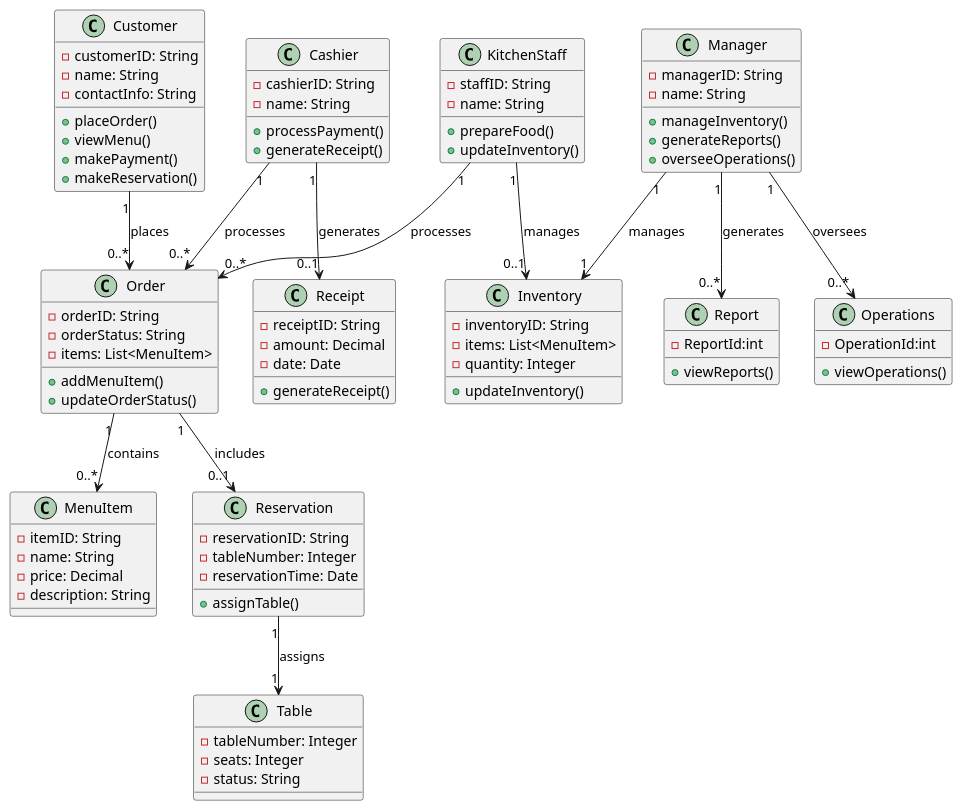
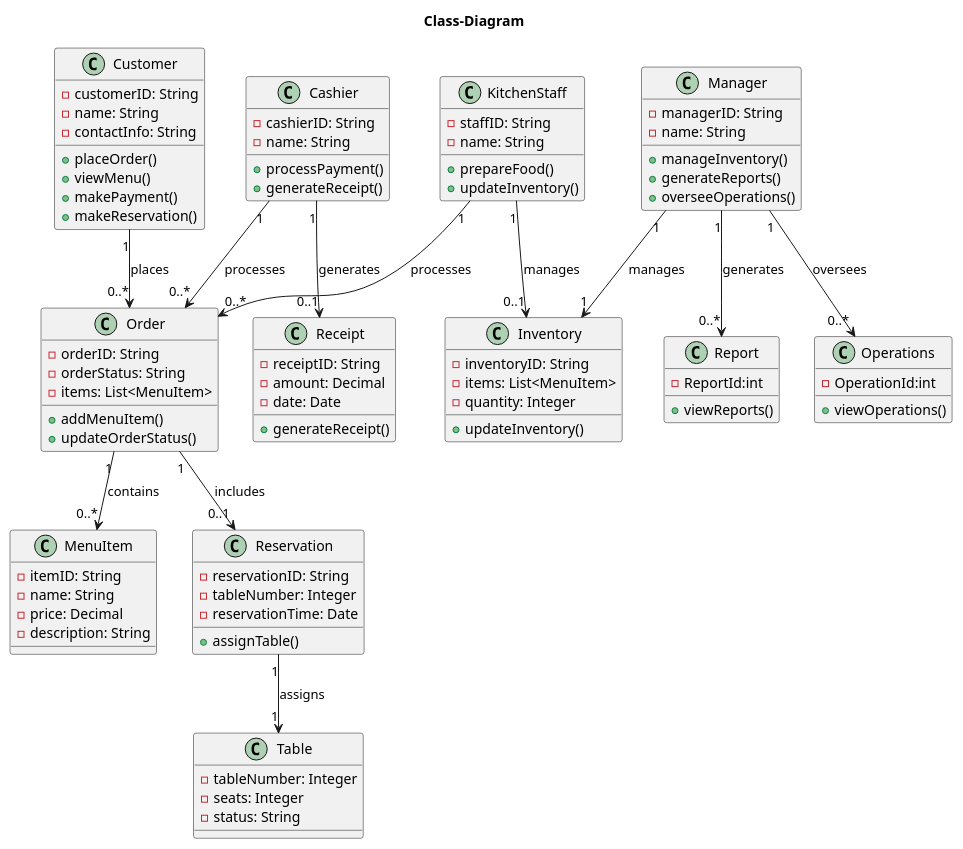
One commit to sohamdc/Restaurant-Uml-Diagrams changed the diagram in Class-Diagram.puml. Above: the diagram before and after it, drawn with PlantUML.

Commit message:
Added Title

```diff
--- a/Class-Diagram.puml
+++ b/Class-Diagram.puml
@@ -1,101 +1,102 @@
 @startuml
 
+title "Class-Diagram"
 ' Define the classes
 class Customer {
     - customerID: String
     - name: String
     - contactInfo: String
     + placeOrder()
     + viewMenu()
     + makePayment()
     + makeReservation()
 }
 
 class Order {
     - orderID: String
     - orderStatus: String
     - items: List<MenuItem>
     + addMenuItem()
     + updateOrderStatus()
 }
 
 class MenuItem {
     - itemID: String
     - name: String
     - price: Decimal
     - description: String
 }
 
 class Reservation {
     - reservationID: String
     - tableNumber: Integer
     - reservationTime: Date
     + assignTable()
 }
 
 class Table {
     - tableNumber: Integer
     - seats: Integer
     - status: String
 }
 
 class KitchenStaff {
     - staffID: String
     - name: String
     + prepareFood()
     + updateInventory()
 }
 
 class Inventory {
     - inventoryID: String
     - items: List<MenuItem>
     - quantity: Integer
     + updateInventory()
 }
 
 class Cashier {
     - cashierID: String
     - name: String
     + processPayment()
     + generateReceipt()
 }
 
 class Receipt {
     - receiptID: String
     - amount: Decimal
     - date: Date
     + generateReceipt()
 }
 
 class Manager {
     - managerID: String
     - name: String
     + manageInventory()
     + generateReports()
     + overseeOperations()
 }
 
 class Operations{
 -OperationId:int
 +viewOperations()
 }
 
 class Report{
 -ReportId:int
 +viewReports()
 }
 
 
 ' Relationships
 Customer "1" --> "0..*" Order : places
 Order "1" --> "0..*" MenuItem : contains
 Order "1" --> "0..1" Reservation : includes
 Reservation "1" --> "1" Table : assigns
 KitchenStaff "1" --> "0..1" Inventory : manages
 KitchenStaff "1" --> "0..*" Order : processes
 Cashier "1" --> "0..1" Receipt : generates
 Cashier "1" --> "0..*" Order : processes
 Manager "1" --> "1" Inventory : manages
 Manager "1" --> "0..*" Report : generates
 Manager "1" --> "0..*" Operations : oversees
 @enduml
```
